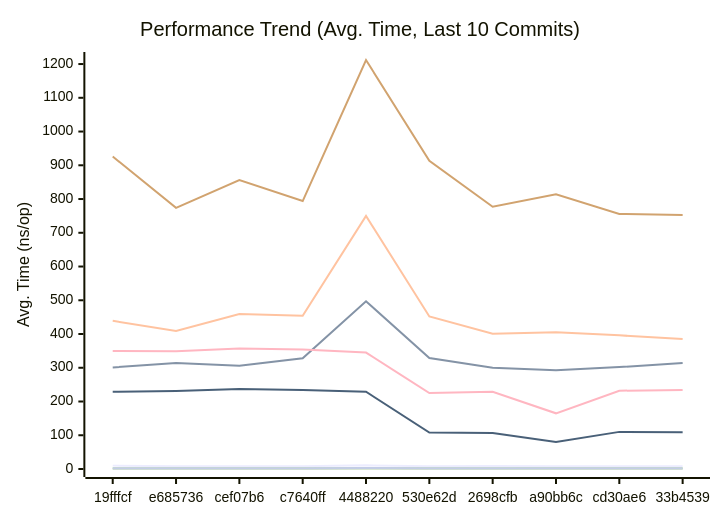
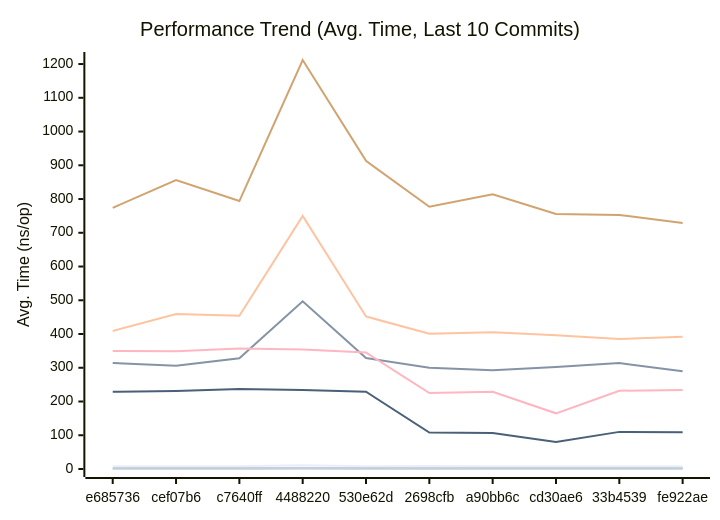
The first of 3 diagrams in docs/PERFORMANCE.md (alsotoes/momo), drawn with Mermaid before and after one commit. The commit also changed other lines of this file and 7 other files, not shown here.

````diff
--- a/docs/PERFORMANCE.md
+++ b/docs/PERFORMANCE.md
@@ -80,16 +80,16 @@
 ```mermaid
 xychart-beta
     title "Performance Trend (Avg. Time, Last 10 Commits)"
     x-axis "Commit"
     y-axis "Avg. Time (ns/op)"
-    x-axis [19fffcf,e685736,cef07b6,c7640ff,4488220,530e62d,2698cfb,a90bb6c,cd30ae6,33b4539]
-    line "CheckMetricsAndSwap" [10,8,8,8,11,8,9,8,8,8]
-    line "CrushOptimized" [301,314,306,328,497,329,300,293,302,314]
-    line "CrushOriginal" [439,409,459,454,750,452,401,405,396,385]
-    line "IndexDirectTracking" [0,0,0,0,1,0,0,0,0,0]
+    x-axis [e685736,cef07b6,c7640ff,4488220,530e62d,2698cfb,a90bb6c,cd30ae6,33b4539,fe922ae]
+    line "CheckMetricsAndSwap" [8,8,8,11,8,9,8,8,8,8]
+    line "CrushOptimized" [314,306,328,497,329,300,293,302,314,290]
+    line "CrushOriginal" [409,459,454,750,452,401,405,396,385,392]
+    line "IndexDirectTracking" [0,0,0,1,0,0,0,0,0,0]
     line "IndexSearch" [2,2,2,2,2,2,2,2,2,2]
-    line "LoadGlobalConfig" [926,774,856,794,1212,913,777,814,756,753]
-    line "PadString" [2,2,2,2,3,2,2,2,2,2]
+    line "LoadGlobalConfig" [774,856,794,1212,913,777,814,756,753,729]
+    line "PadString" [2,2,2,3,2,2,2,2,2,2]
     line "ParseReplicationOrder_NoPrealloc" [350,349,357,354,345,225,229,165,232,234]
     line "ParseReplicationOrder_Prealloc" [229,231,237,234,229,108,107,80,110,109]
 ```
````
